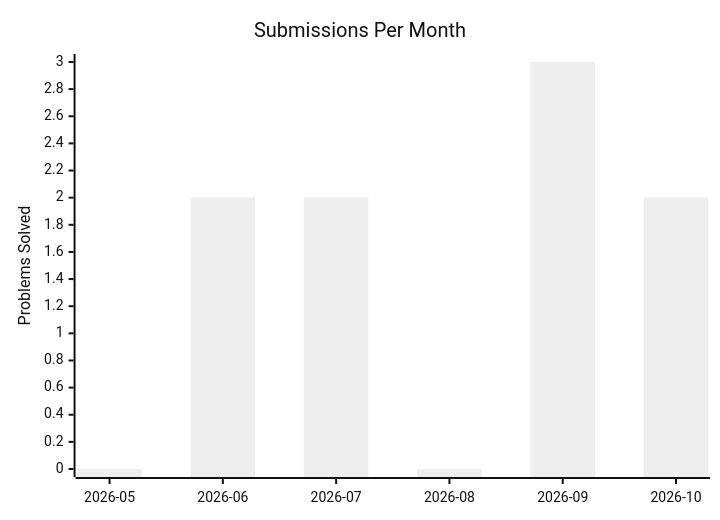
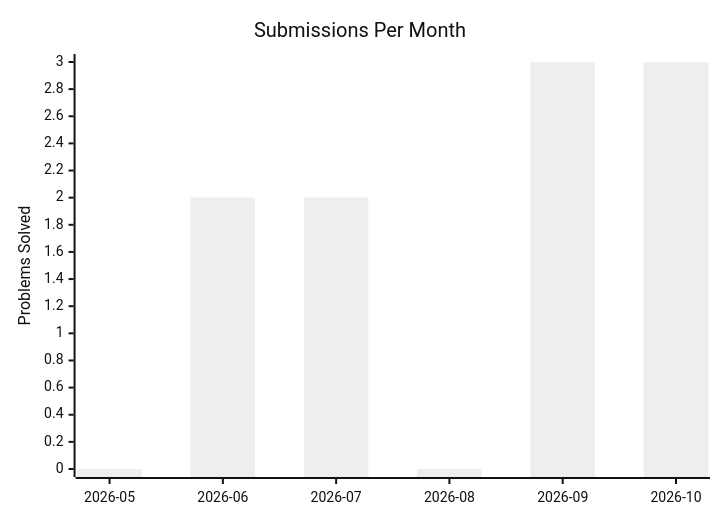
Before and after one commit to kanishk-procoder/leetcode-grind: the second of 2 diagrams in PROGRESS.md, drawn with Mermaid (neutral theme). The commit also changed other lines of this file and 4 other files, not shown here.

````diff
--- a/PROGRESS.md
+++ b/PROGRESS.md
@@ -12,7 +12,7 @@
 ```mermaid
 xychart-beta
     title "Submissions Per Month"
     x-axis ["2026-05", "2026-06", "2026-07", "2026-08", "2026-09", "2026-10"]
     y-axis "Problems Solved" 0 --> 3
-    bar [0, 2, 2, 0, 3, 2]
+    bar [0, 2, 2, 0, 3, 3]
 ```
````
